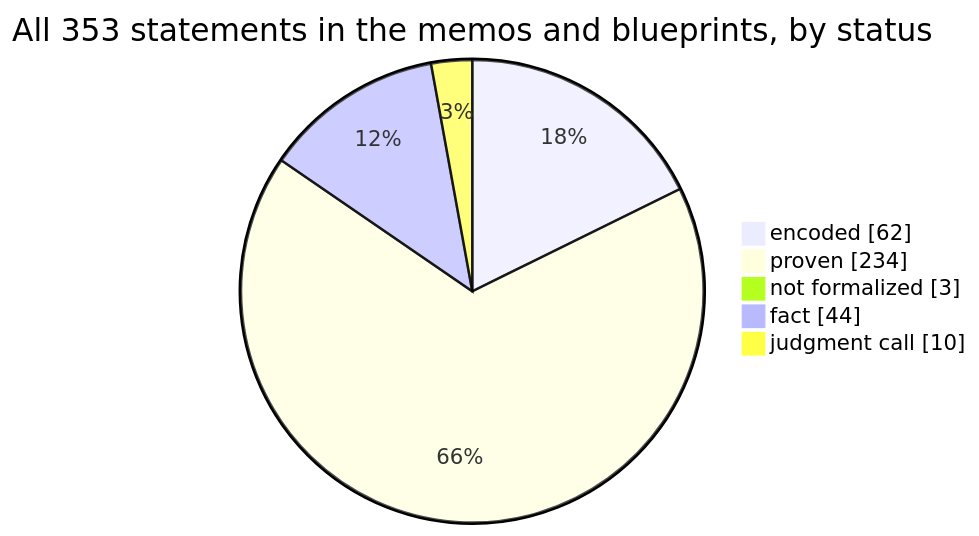
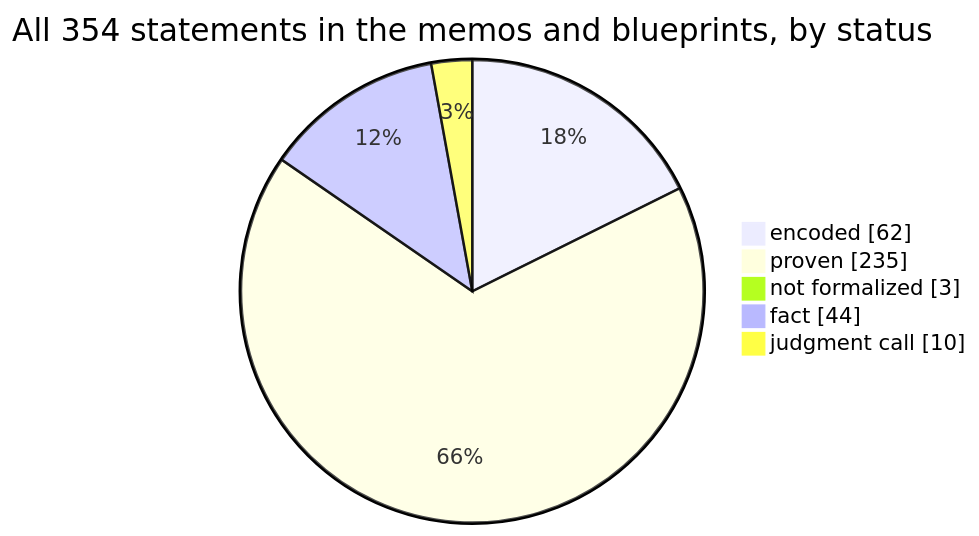
One commit to SeanWMurray/Canteen changed the first of 4 diagrams in docs/graphs/dashboard.md. Above: the diagram before and after it, drawn with Mermaid. The commit also changed other lines of this file and 14 other files, not shown here.

````diff
--- a/docs/graphs/dashboard.md
+++ b/docs/graphs/dashboard.md
@@ -11,8 +11,8 @@
 ```mermaid
-pie showData title All 353 statements in the memos and blueprints, by status
+pie showData title All 354 statements in the memos and blueprints, by status
     "encoded" : 62
-    "proven" : 234
+    "proven" : 235
     "not formalized" : 3
     "fact" : 44
     "judgment call" : 10
 ```
````
